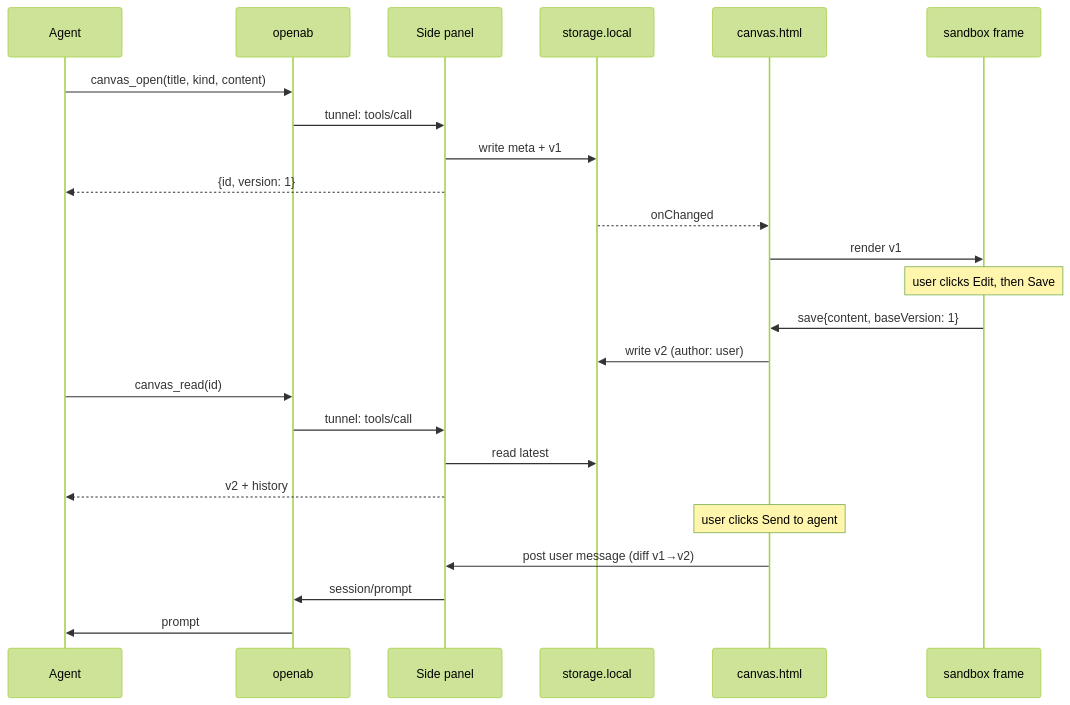
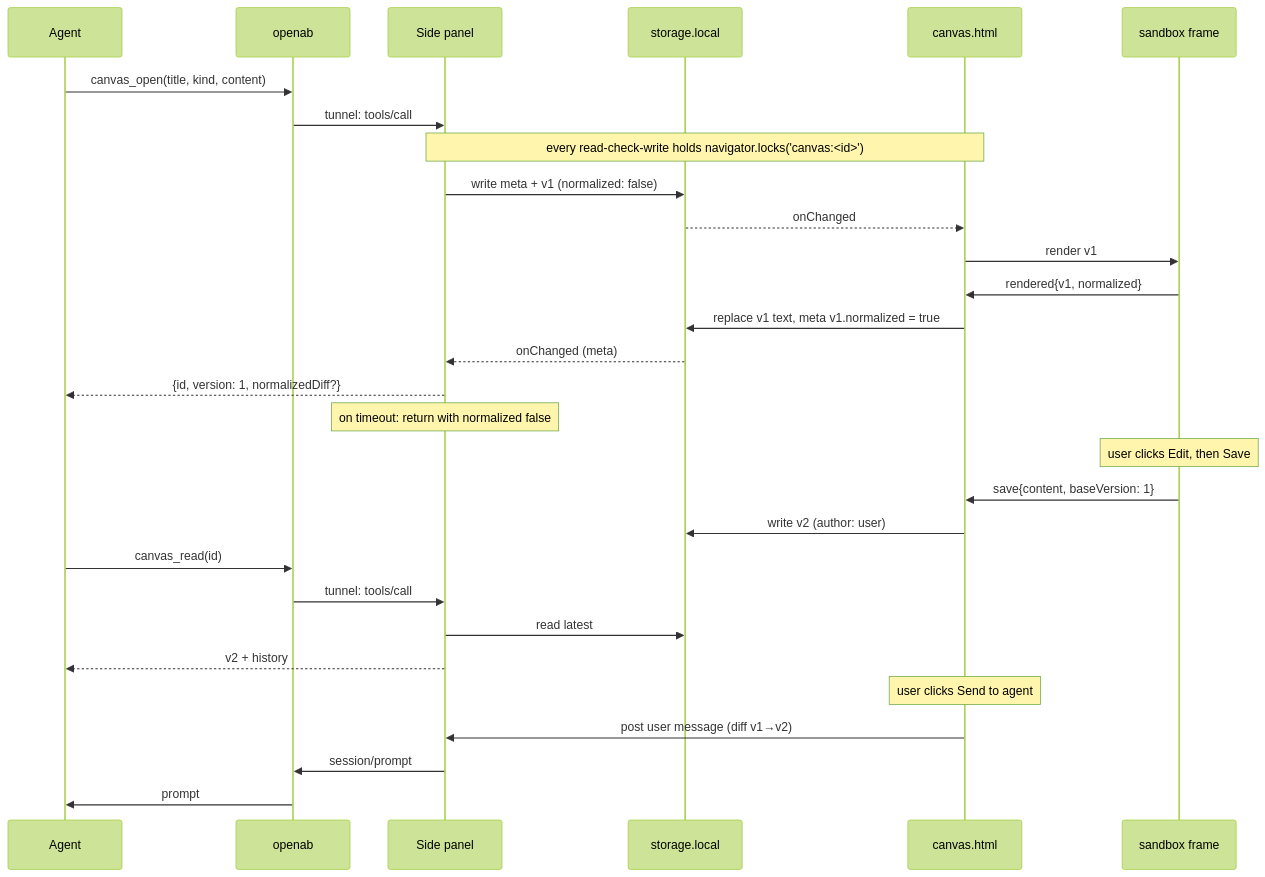
Before and after one commit to brettchien/katashiro: the second of 2 diagrams in docs/adr/canvas.md, drawn with Mermaid (forest theme). The commit also changed other lines of this file, not shown here.

Commit message:
docs(adr): canvas — §3.9 sequence shows normalization round trip and locks; panel learns via storage.onChanged

````diff
--- a/docs/adr/canvas.md
+++ b/docs/adr/canvas.md
@@ -501,26 +503,31 @@
 ```mermaid
 sequenceDiagram
   participant A as Agent
   participant O as openab
   participant P as Side panel
   participant S as storage.local
   participant C as canvas.html
   participant F as sandbox frame
   A->>O: canvas_open(title, kind, content)
   O->>P: tunnel: tools/call
-  P->>S: write meta + v1
-  P-->>A: {id, version: 1}
+  Note over P,C: every read-check-write holds navigator.locks('canvas:<id>')
+  P->>S: write meta + v1 (normalized: false)
   S-->>C: onChanged
   C->>F: render v1
+  F->>C: rendered{v1, normalized}
+  C->>S: replace v1 text, meta v1.normalized = true
+  S-->>P: onChanged (meta)
+  P-->>A: {id, version: 1, normalizedDiff?}
+  Note over P: on timeout: return with normalized false
   Note over F: user clicks Edit, then Save
   F->>C: save{content, baseVersion: 1}
   C->>S: write v2 (author: user)
   A->>O: canvas_read(id)
   O->>P: tunnel: tools/call
   P->>S: read latest
   P-->>A: v2 + history
   Note over C: user clicks Send to agent
   C->>P: post user message (diff v1→v2)
   P->>O: session/prompt
   O->>A: prompt
 ```
````
